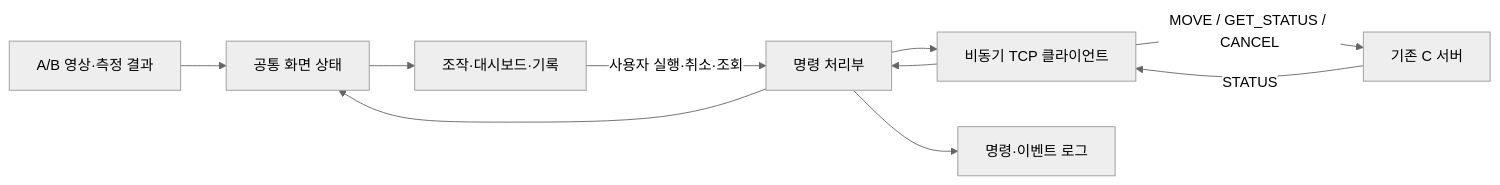
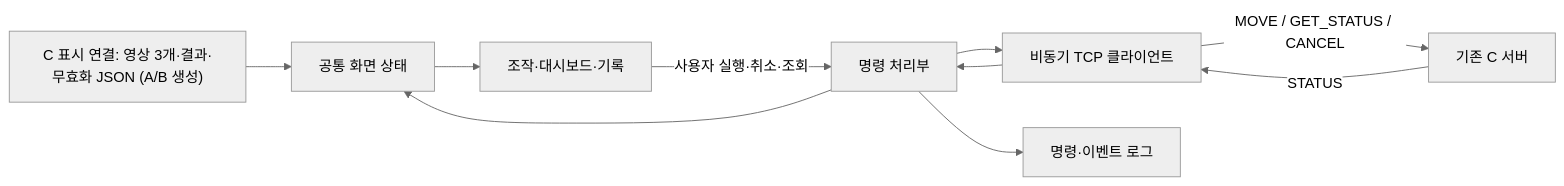
One commit to didgustmd23/EyetoArm changed the diagram in docs/design/D담당_GUI_TCP_상세설계.md. Above: the diagram before and after it, drawn with Mermaid (neutral theme). The commit also changed other lines of this file and 9 other files, not shown here.

````diff
--- a/docs/design/D담당_GUI_TCP_상세설계.md
+++ b/docs/design/D담당_GUI_TCP_상세설계.md
@@ -136,12 +140,12 @@
 ```mermaid
 flowchart LR
-    V["A/B 영상·측정 결과"] --> S["공통 화면 상태"]
+    V["C 표시 연결: 영상 3개·결과·무효화 JSON (A/B 생성)"] --> S["공통 화면 상태"]
     S --> U["조작·대시보드·기록"]
     U -->|"사용자 실행·취소·조회"| C["명령 처리부"]
     C --> T["비동기 TCP 클라이언트"]
     T -->|"MOVE / GET_STATUS / CANCEL"| R["기존 C 서버"]
     R -->|"STATUS"| T
     T --> C
     C --> S
     C --> L["명령·이벤트 로그"]
 ```
````
